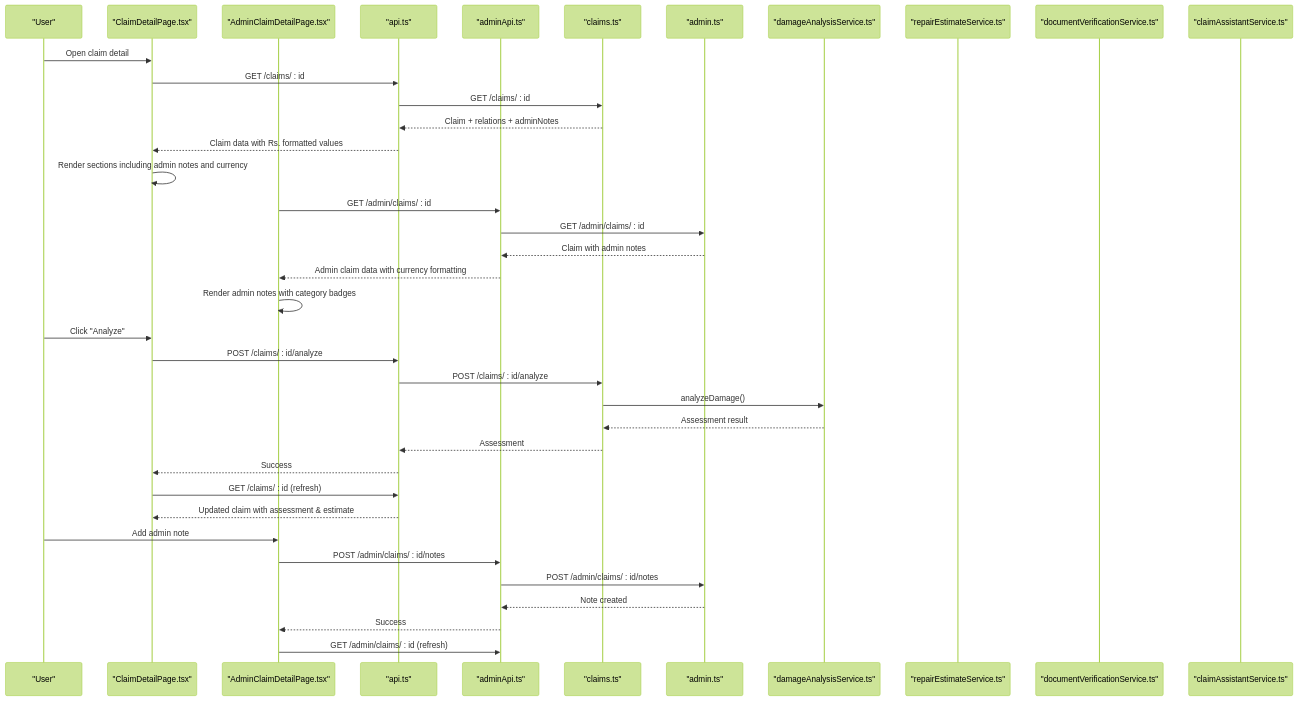
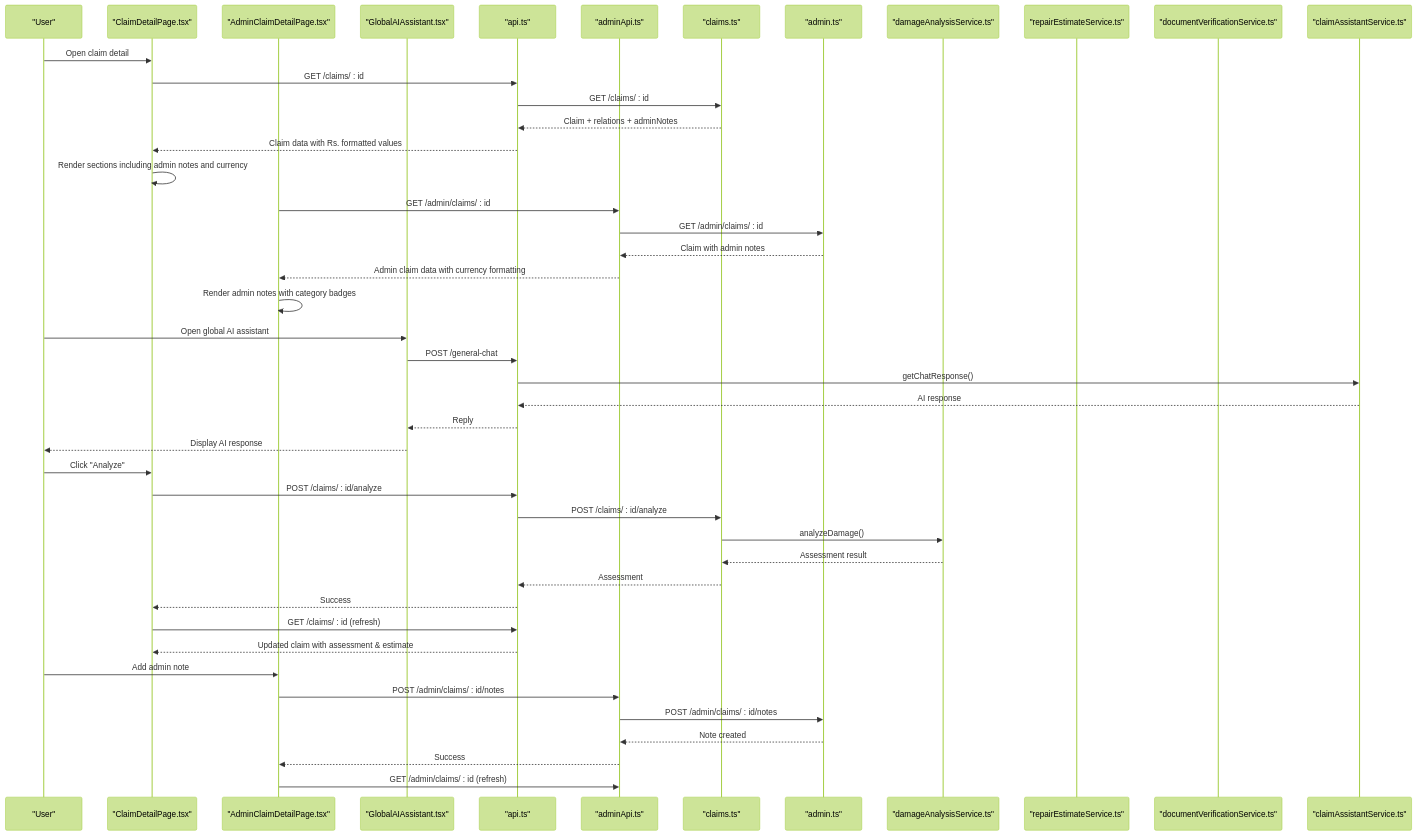
The second of 3 diagrams in .qoder/repowiki/en/content/Frontend Documentation/Pages and Views/User Pages/Claim Detail Page.md (NaveenHiranya/Smart-Vehicle-Insurance-Claim-System), drawn with Mermaid (forest theme) before and after one commit. The commit also changed other lines of this file and 35 other files, not shown here.

````diff
--- a/.qoder/repowiki/en/content/Frontend Documentation/Pages and Views/User Pages/Claim Detail Page.md
+++ b/.qoder/repowiki/en/content/Frontend Documentation/Pages and Views/User Pages/Claim Detail Page.md
@@ -125,40 +133,47 @@
 ```mermaid
 sequenceDiagram
 participant U as "User"
 participant F as "ClaimDetailPage.tsx"
 participant AF as "AdminClaimDetailPage.tsx"
+participant GA as "GlobalAIAssistant.tsx"
 participant A as "api.ts"
 participant AA as "adminApi.ts"
 participant R as "claims.ts"
 participant AR as "admin.ts"
 participant S1 as "damageAnalysisService.ts"
 participant S2 as "repairEstimateService.ts"
 participant S3 as "documentVerificationService.ts"
 participant S4 as "claimAssistantService.ts"
 U->>F : Open claim detail
 F->>A : GET /claims/ : id
 A->>R : GET /claims/ : id
 R-->>A : Claim + relations + adminNotes
 A-->>F : Claim data with Rs. formatted values
 F->>F : Render sections including admin notes and currency
 AF->>AA : GET /admin/claims/ : id
 AA->>AR : GET /admin/claims/ : id
 AR-->>AA : Claim with admin notes
 AA-->>AF : Admin claim data with currency formatting
 AF->>AF : Render admin notes with category badges
+U->>GA : Open global AI assistant
+GA->>A : POST /general-chat
+A->>S4 : getChatResponse()
+S4-->>A : AI response
+A-->>GA : Reply
+GA-->>U : Display AI response
 U->>F : Click "Analyze"
 F->>A : POST /claims/ : id/analyze
 A->>R : POST /claims/ : id/analyze
 R->>S1 : analyzeDamage()
 S1-->>R : Assessment result
 R-->>A : Assessment
 A-->>F : Success
 F->>A : GET /claims/ : id (refresh)
 A-->>F : Updated claim with assessment & estimate
 U->>AF : Add admin note
 AF->>AA : POST /admin/claims/ : id/notes
 AA->>AR : POST /admin/claims/ : id/notes
 AR-->>AA : Note created
 AA-->>AF : Success
 AF->>AA : GET /admin/claims/ : id (refresh)
 ```
````
